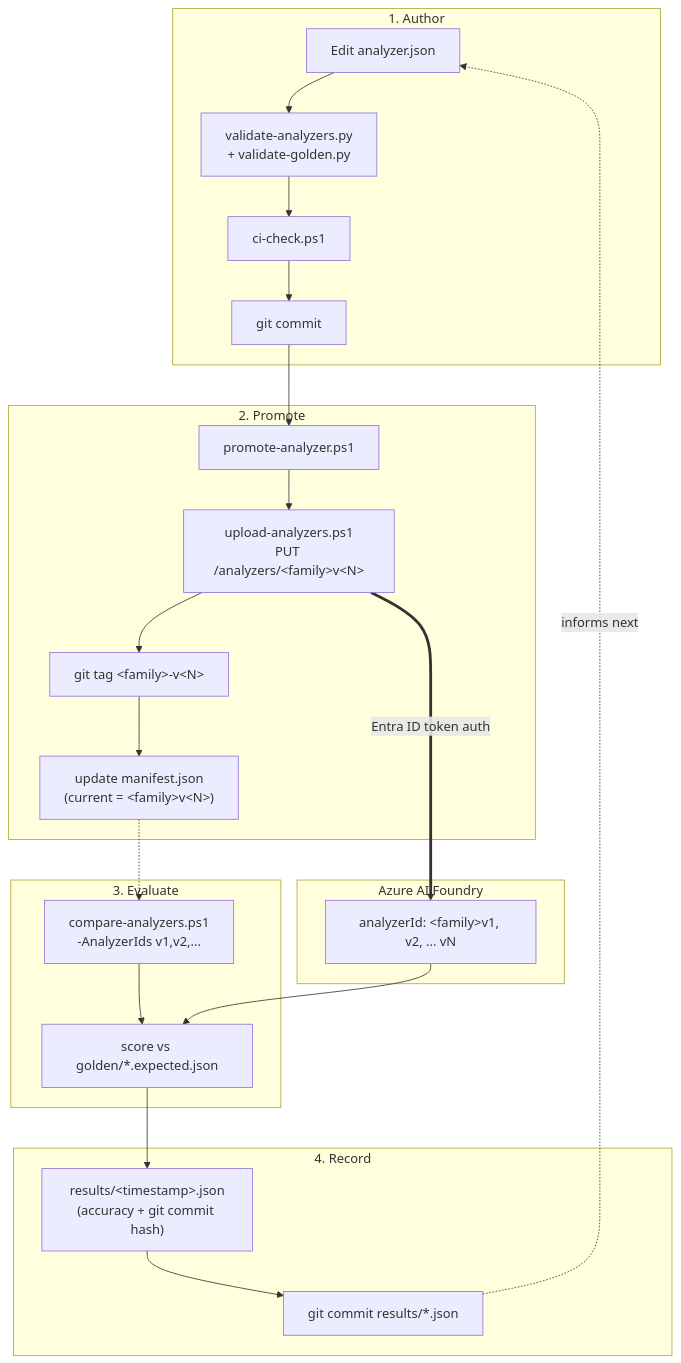
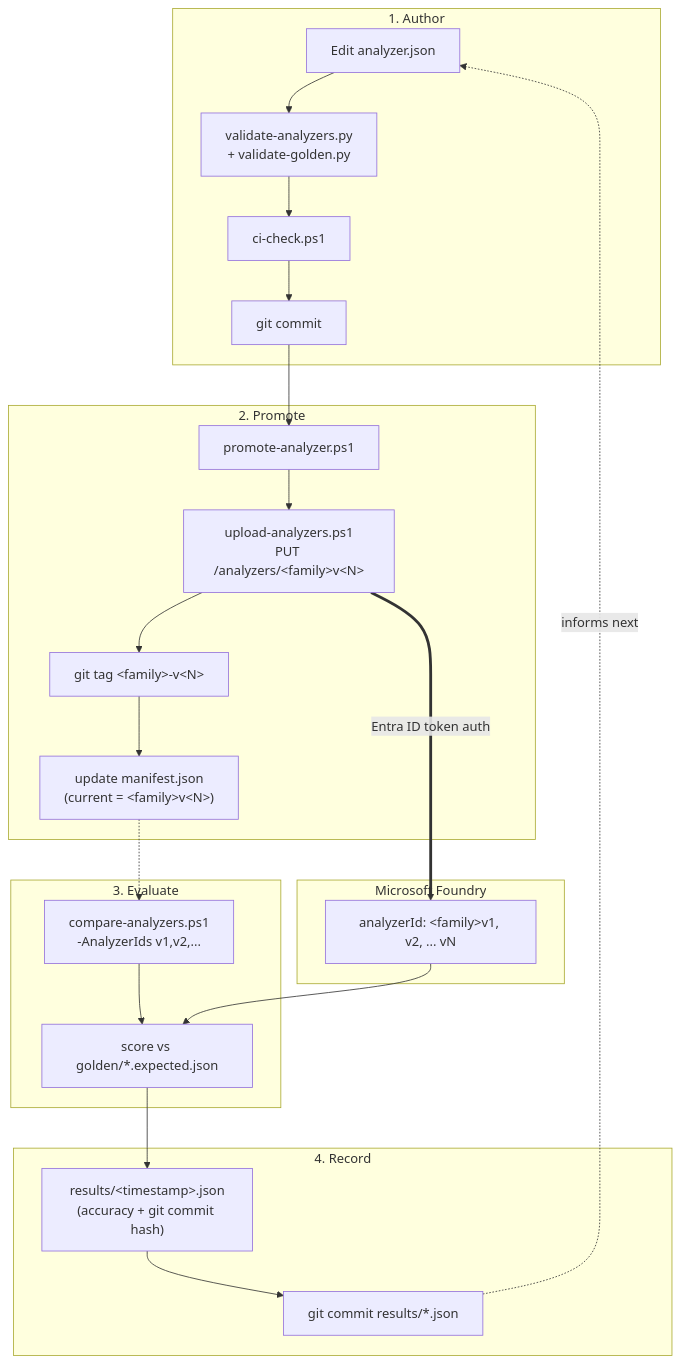
Before and after one commit to georgeollis/content-understanding-mlops: the first of 2 diagrams in README.md, drawn with Mermaid. The commit also changed other lines of this file and 6 other files, not shown here.

First line of the commit message:
docs: remove specific Azure resource names, use Microsoft Foundry terminology

````diff
--- a/README.md
+++ b/README.md
@@ -25,32 +26,32 @@
 ```mermaid
 graph TB
     subgraph AUTHOR["1. Author"]
         EDIT["Edit analyzer.json"] --> VALA["validate-analyzers.py<br/>+ validate-golden.py"]
         VALA --> CI["ci-check.ps1"] --> COMMIT["git commit"]
     end
 
     subgraph PROMOTE["2. Promote"]
         PROMOTESCRIPT["promote-analyzer.ps1"] --> UPLOAD["upload-analyzers.ps1<br/>PUT /analyzers/&lt;family&gt;v&lt;N&gt;"]
         UPLOAD --> TAG["git tag &lt;family&gt;-v&lt;N&gt;"]
         TAG --> MANIFEST["update manifest.json<br/>(current = &lt;family&gt;v&lt;N&gt;)"]
         COMMIT --> PROMOTESCRIPT
     end
 
-    subgraph AZURE["Azure AI Foundry"]
+    subgraph FOUNDRY_G["Microsoft Foundry"]
         ANALYZERS["analyzerId: &lt;family&gt;v1, v2, ... vN"]
     end
     UPLOAD ==>|"Entra ID token auth"| ANALYZERS
 
     subgraph EVALUATE["3. Evaluate"]
         COMPARESCRIPT["compare-analyzers.ps1<br/>-AnalyzerIds v1,v2,..."] --> SCORE["score vs golden/*.expected.json"]
         MANIFEST -.-> COMPARESCRIPT
         ANALYZERS --> SCORE
     end
 
     subgraph RECORD["4. Record"]
         REPORT["results/&lt;timestamp&gt;.json<br/>(accuracy + git commit hash)"]
         SCORE --> REPORT --> COMMIT2["git commit results/*.json"]
     end
 
     COMMIT2 -.->|"informs next"| EDIT
 ```
````
